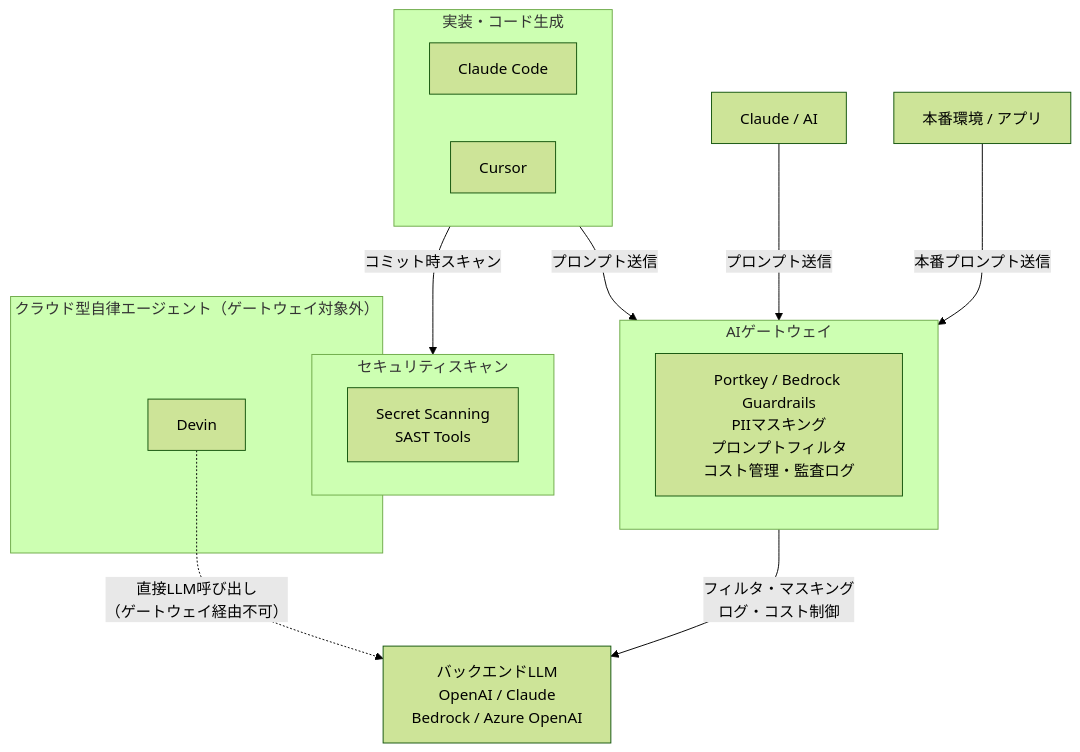
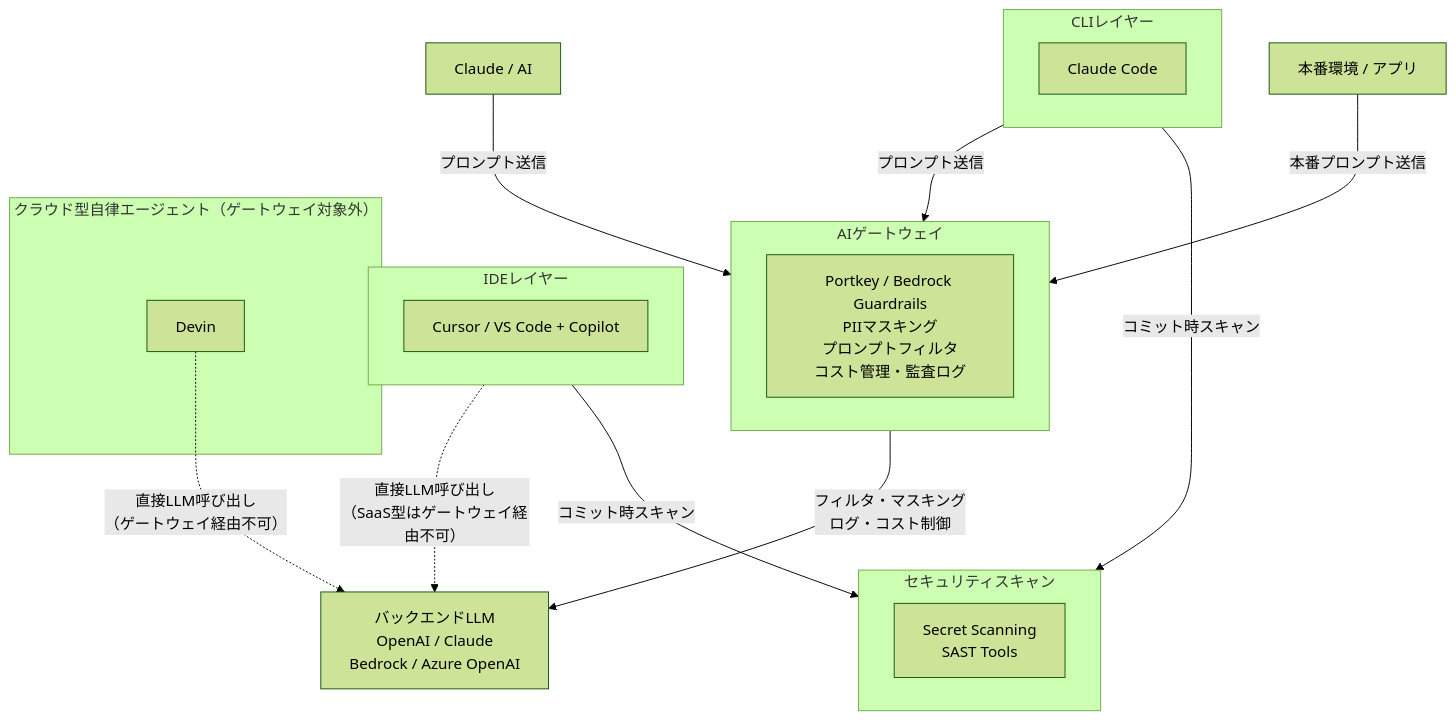
One commit to takuma39/ai changed the third of 20 diagrams in AI駆動開発.md. Above: the diagram before and after it, drawn with Mermaid (forest theme). The commit also changed other lines of this file, not shown here.

````diff
--- a/AI駆動開発.md
+++ b/AI駆動開発.md
@@ -153,31 +179,36 @@
 ```mermaid
 graph TD
-    subgraph impl["実装・コード生成"]
+    subgraph ide["IDEレイヤー"]
+        Cursor["Cursor / VS Code + Copilot"]
+    end
+
+    subgraph cli["CLIレイヤー"]
         CC["Claude Code"]
-        Cursor["Cursor"]
     end
 
     Claude["Claude / AI"]
     Prod["本番環境 / アプリ"]
 
     subgraph gateway["AIゲートウェイ"]
         GWProxy["Portkey / Bedrock Guardrails<br/>PIIマスキング<br/>プロンプトフィルタ<br/>コスト管理・監査ログ"]
     end
 
     LLM["バックエンドLLM<br/>OpenAI / Claude<br/>Bedrock / Azure OpenAI"]
 
     subgraph security["セキュリティスキャン"]
         SecScan["Secret Scanning<br/>SAST Tools"]
     end
 
     subgraph saas_agent["クラウド型自律エージェント（ゲートウェイ対象外）"]
         Devin["Devin"]
     end
 
-    impl -->|"プロンプト送信"| gateway
+    cli -->|"プロンプト送信"| gateway
     Claude -->|"プロンプト送信"| gateway
     Prod -->|"本番プロンプト送信"| gateway
     gateway -->|"フィルタ・マスキング<br/>ログ・コスト制御"| LLM
-    impl -->|"コミット時スキャン"| security
+    ide -.->|"直接LLM呼び出し<br/>（SaaS型はゲートウェイ経由不可）"| LLM
+    cli -->|"コミット時スキャン"| security
+    ide -->|"コミット時スキャン"| security
     Devin -.->|"直接LLM呼び出し<br/>（ゲートウェイ経由不可）"| LLM
 ```
````
